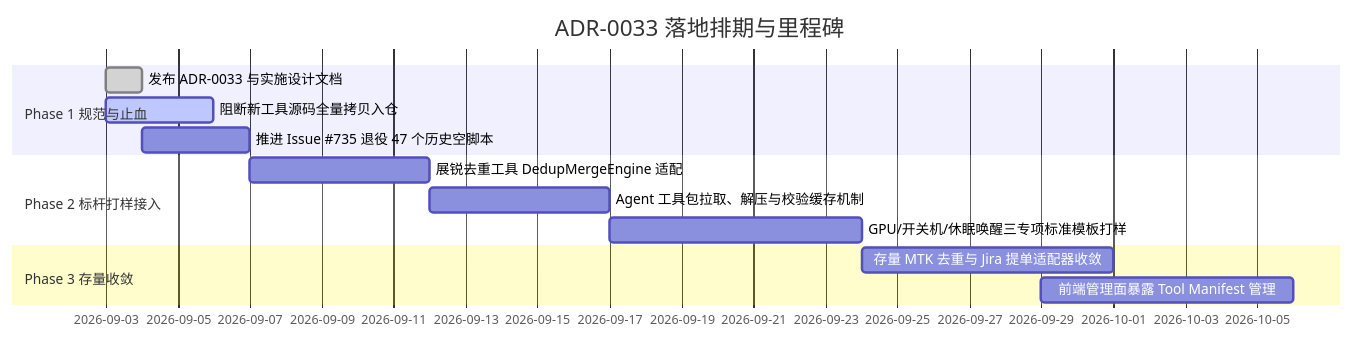
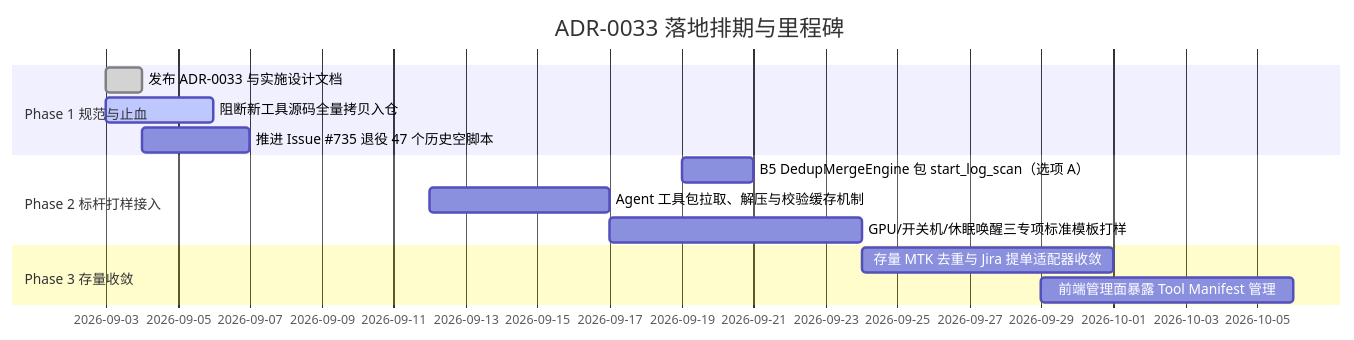
One commit to DUElost/stability-test-platform changed the second of 2 diagrams in docs/design/2026-09-external-tools-integration-and-package-architecture.md. Above: the diagram before and after it, drawn with Mermaid. The commit also changed other lines of this file and 11 other files, not shown here.

First line of the commit message:
feat(dedup): ADR-0033 Phase 2 选项 A——B5 DedupMergeEngine 包现态 merge CLI

````diff
--- a/docs/design/2026-09-external-tools-integration-and-package-architecture.md
+++ b/docs/design/2026-09-external-tools-integration-and-package-architecture.md
@@ -271,16 +276,16 @@
 ```mermaid
 gantt
     title ADR-0033 落地排期与里程碑
     dateFormat  YYYY-MM-DD
     section Phase 1 规范与止血
     发布 ADR-0033 与实施设计文档           :done, 2026-09-03, 1d
     阻断新工具源码全量拷贝入仓             :active, 2026-09-03, 3d
     推进 Issue #735 退役 47 个历史空脚本   :2026-09-04, 3d
     section Phase 2 标杆打样接入
-    展锐去重工具 DedupMergeEngine 适配    :2026-09-07, 5d
+    B5 DedupMergeEngine 包 start_log_scan（选项 A）  :2026-09-19, 2d
     Agent 工具包拉取、解压与校验缓存机制  :2026-09-12, 5d
     GPU/开关机/休眠唤醒三专项标准模板打样  :2026-09-17, 7d
     section Phase 3 存量收敛
     存量 MTK 去重与 Jira 提单适配器收敛   :2026-09-24, 7d
     前端管理面暴露 Tool Manifest 管理     :2026-09-29, 7d
 ```
````
